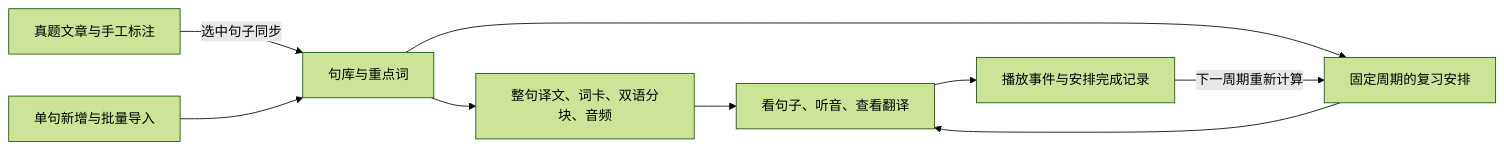
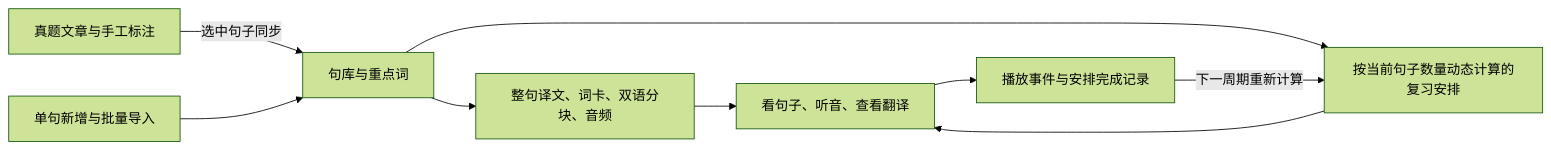
One commit to pandaLiang-beauty/204english changed the diagram in docs/current-system-map.md. Above: the diagram before and after it, drawn with Mermaid (forest theme). The commit also changed other lines of this file and 18 other files, not shown here.

````diff
--- a/docs/current-system-map.md
+++ b/docs/current-system-map.md
@@ -15,11 +17,11 @@
 ```mermaid
 flowchart LR
     P[真题文章与手工标注] -->|选中句子同步| S[句库与重点词]
     I[单句新增与批量导入] --> S
     S --> A[整句译文、词卡、双语分块、音频]
-    S --> Q[固定周期的复习安排]
+    S --> Q[按当前句子数量动态计算的复习安排]
     A --> R[看句子、听音、查看翻译]
     Q --> R
     R --> E[播放事件与安排完成记录]
     E -->|下一周期重新计算| Q
 ```
````
